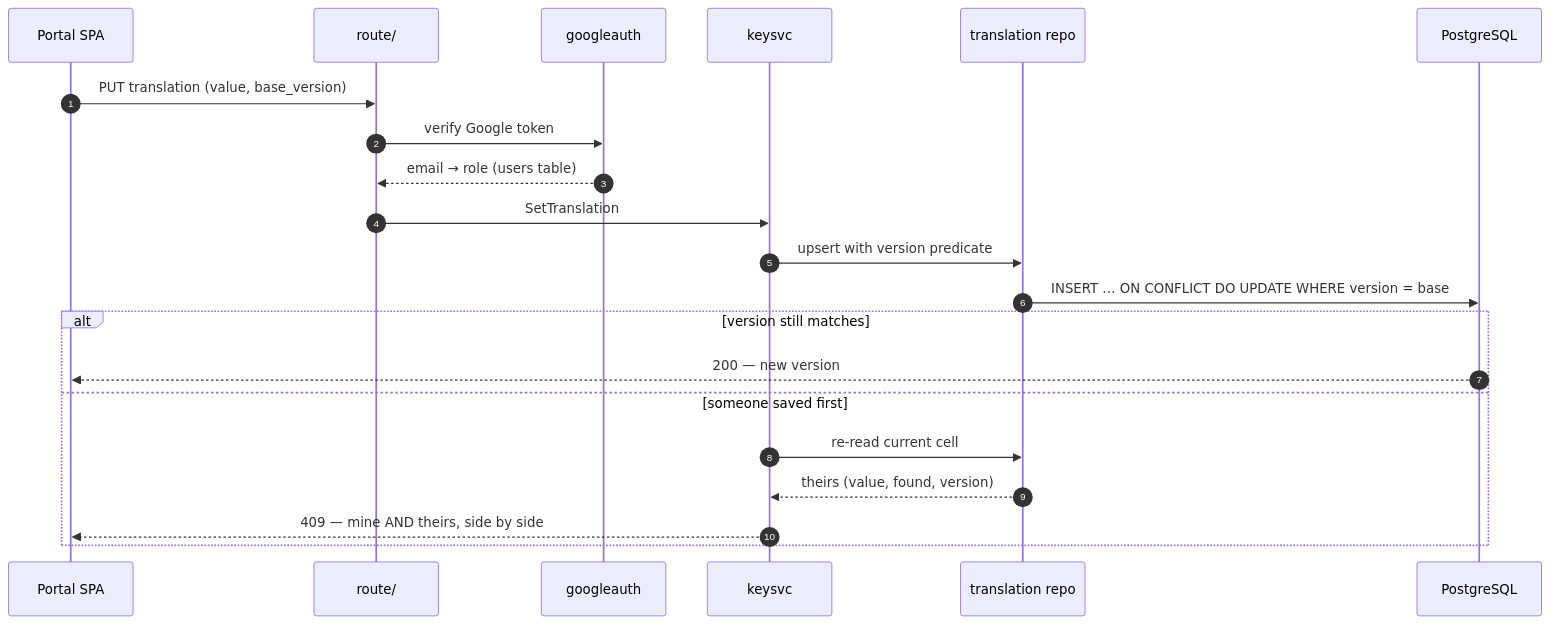
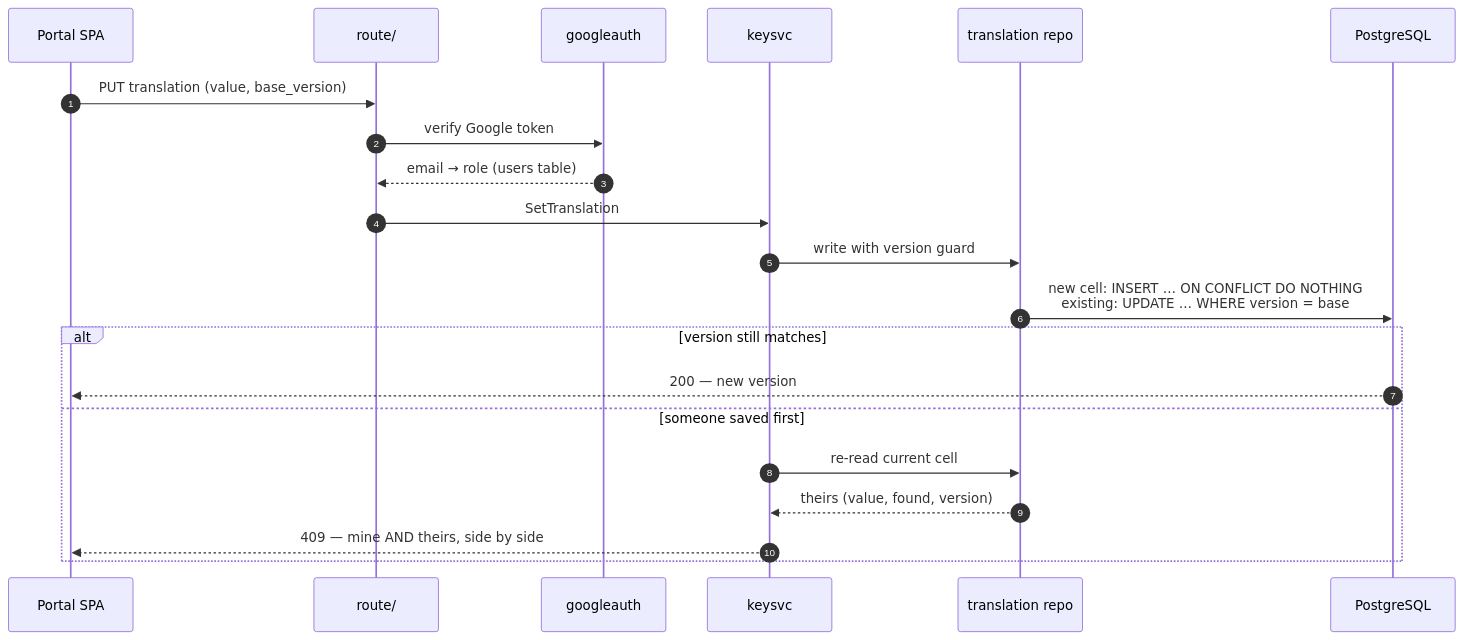
Before and after one commit to ashik-saini/u-l10n: the first of 5 diagrams in docs/ARCHITECTURE.md, drawn with Mermaid. The commit also changed other lines of this file and 6 other files, not shown here.

````diff
--- a/docs/ARCHITECTURE.md
+++ b/docs/ARCHITECTURE.md
@@ -9,24 +9,24 @@
 ```mermaid
 sequenceDiagram
     autonumber
     participant SPA as Portal SPA
     participant R as route/
     participant G as googleauth
     participant K as keysvc
     participant T as translation repo
     participant PG as PostgreSQL
 
     SPA->>R: PUT translation (value, base_version)
     R->>G: verify Google token
     G-->>R: email → role (users table)
     R->>K: SetTranslation
-    K->>T: upsert with version predicate
-    T->>PG: INSERT … ON CONFLICT DO UPDATE WHERE version = base
+    K->>T: write with version guard
+    T->>PG: new cell: INSERT … ON CONFLICT DO NOTHING<br/>existing: UPDATE … WHERE version = base
     alt version still matches
         PG-->>SPA: 200 — new version
     else someone saved first
         K->>T: re-read current cell
         T-->>K: theirs (value, found, version)
         K-->>SPA: 409 — mine AND theirs, side by side
     end
 ```
````
